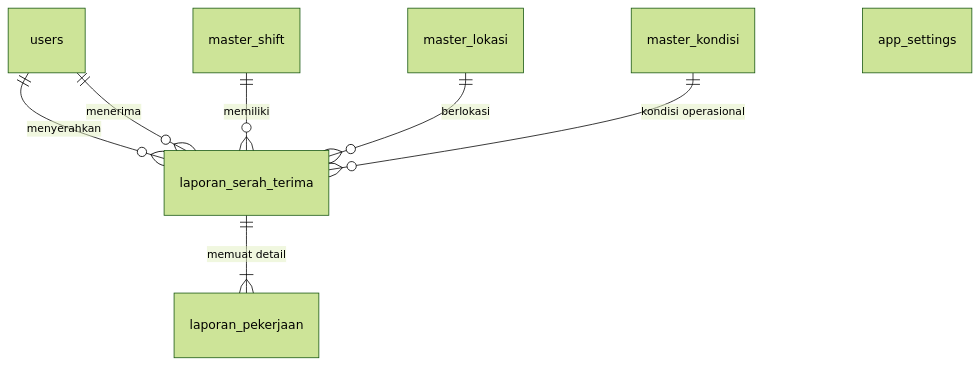
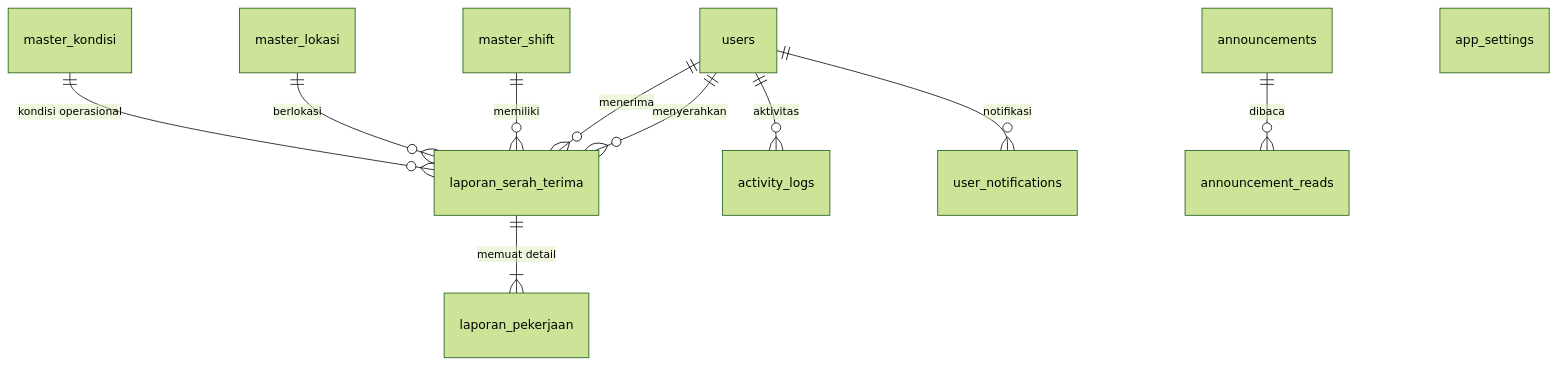
Before and after one commit to frambudi75/shift-handover: the diagram in docs/database.md, drawn with Mermaid (forest theme). The commit also changed other lines of this file and 4 other files, not shown here.

Commit message:
docs: update changelog, API, database schema, architecture, and readme for v2.7.0 LTS

````diff
--- a/docs/database.md
+++ b/docs/database.md
@@ -6,10 +6,13 @@
 ```mermaid
 erDiagram
     users ||--o{ laporan_serah_terima : "menyerahkan"
     users ||--o{ laporan_serah_terima : "menerima"
     master_shift ||--o{ laporan_serah_terima : "memiliki"
     master_lokasi ||--o{ laporan_serah_terima : "berlokasi"
     laporan_serah_terima ||--|{ laporan_pekerjaan : "memuat detail"
     master_kondisi ||--o{ laporan_serah_terima : "kondisi operasional"
+    users ||--o{ activity_logs : "aktivitas"
+    users ||--o{ user_notifications : "notifikasi"
+    announcements ||--o{ announcement_reads : "dibaca"
     app_settings
 ```
````
